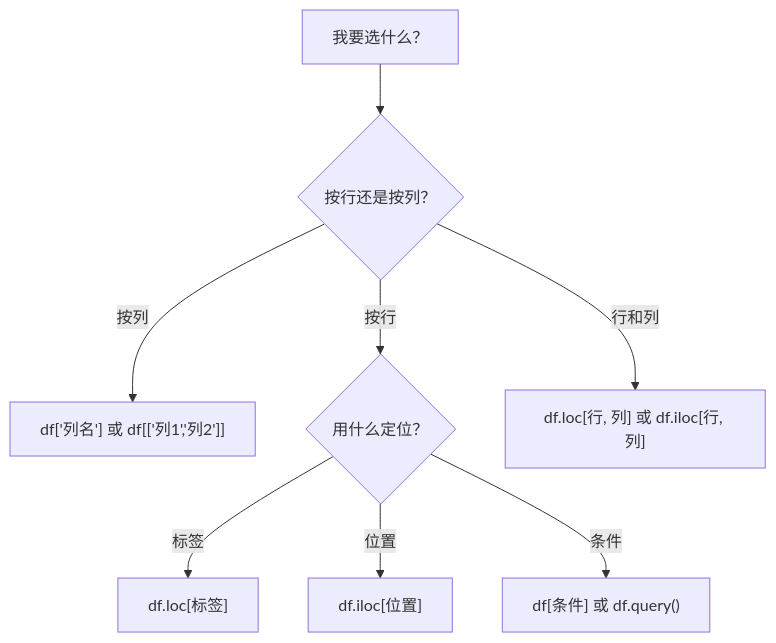
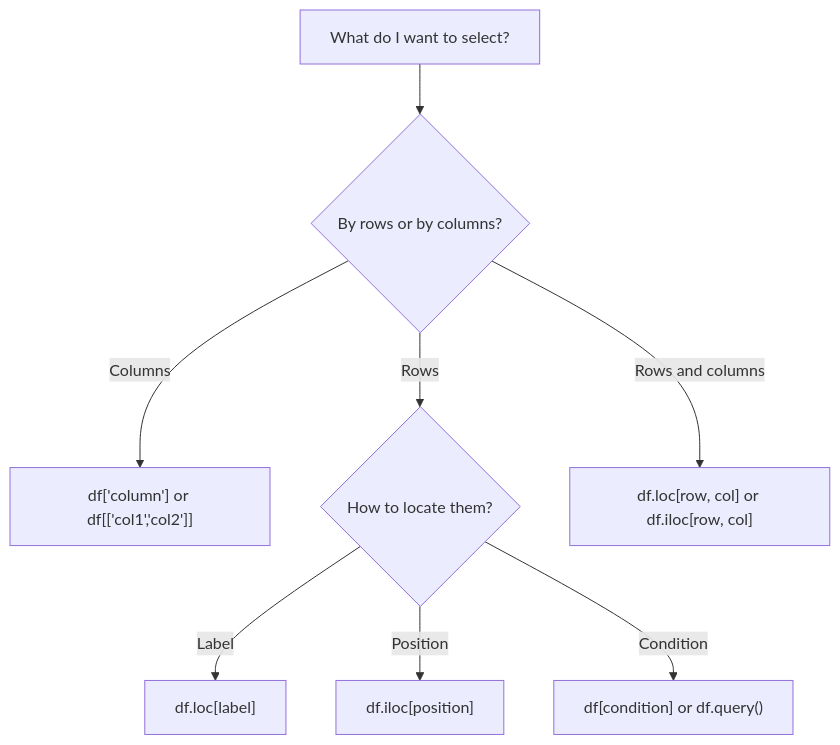
The diagram in docs/ch03-data-analysis/ch03-pandas/03-selection-filter.md (oudbiao/AI-fullstack-course), drawn with Mermaid before and after one commit. The commit also changed other lines of this file and 1406 other files, not shown here.

````diff
--- a/docs/ch03-data-analysis/ch03-pandas/03-selection-filter.md
+++ b/docs/ch03-data-analysis/ch03-pandas/03-selection-filter.md
@@ -300,10 +300,10 @@
 ```mermaid
 flowchart TD
-    A["我要选什么？"] --> B{"按行还是按列？"}
-    B -->|"按列"| C["df['列名'] 或 df[['列1','列2']]"]
-    B -->|"按行"| D{"用什么定位？"}
-    D -->|"标签"| E["df.loc[标签]"]
-    D -->|"位置"| F["df.iloc[位置]"]
-    D -->|"条件"| G["df[条件] 或 df.query()"]
-    B -->|"行和列"| H["df.loc[行, 列] 或 df.iloc[行, 列]"]
+    A["What do I want to select?"] --> B{"By rows or by columns?"}
+    B -->|"Columns"| C["df['column'] or df[['col1','col2']]"]
+    B -->|"Rows"| D{"How to locate them?"}
+    D -->|"Label"| E["df.loc[label]"]
+    D -->|"Position"| F["df.iloc[position]"]
+    D -->|"Condition"| G["df[condition] or df.query()"]
+    B -->|"Rows and columns"| H["df.loc[row, col] or df.iloc[row, col]"]
 ```
````
